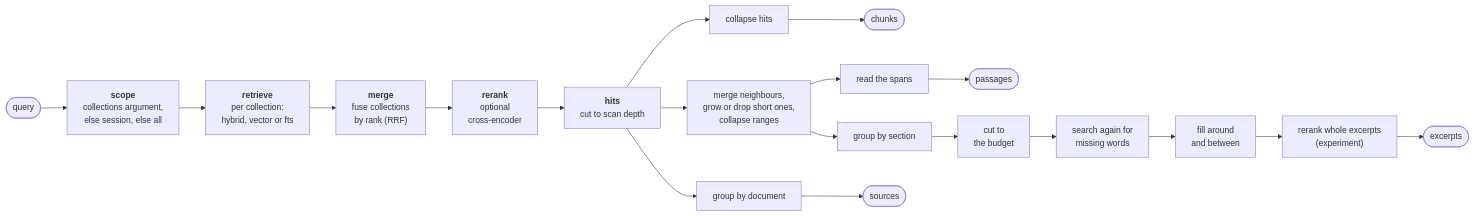
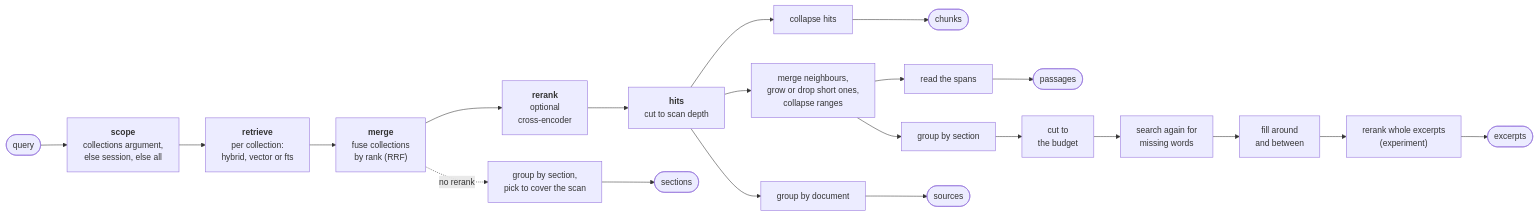
The first of 3 diagrams in docs/search.md (haskian/haskie), drawn with Mermaid before and after one commit. The commit also changed other lines of this file and 124 other files, not shown here.

````diff
--- a/docs/search.md
+++ b/docs/search.md
@@ -9,12 +9,13 @@
 ```mermaid
 flowchart LR
     q(["query"]) --> scope["<b>scope</b><br/>collections argument,<br/>else session, else all"]
     scope --> retrieve["<b>retrieve</b><br/>per collection:<br/>hybrid, vector or fts"]
     retrieve --> merge["<b>merge</b><br/>fuse collections<br/>by rank (RRF)"]
     merge --> rerank["<b>rerank</b><br/>optional<br/>cross-encoder"]
     rerank --> hits["<b>hits</b><br/>cut to scan depth"]
     hits --> fchunks["collapse hits"] --> chunks(["chunks"])
     hits --> franges["merge neighbours,<br/>grow or drop short ones,<br/>collapse ranges"] --> read["read the spans"] --> passages(["passages"])
     franges --> group["group by section"] --> budget["cut to<br/>the budget"] --> probe["search again for<br/>missing words"] --> fill["fill around<br/>and between"] --> rerankx["rerank whole excerpts<br/>(experiment)"] --> excerpts(["excerpts"])
     hits --> shortlist["group by document"] --> sources(["sources"])
+    merge -. "no rerank" .-> mapsec["group by section,<br/>pick to cover the scan"] --> sections(["sections"])
 ```
````
